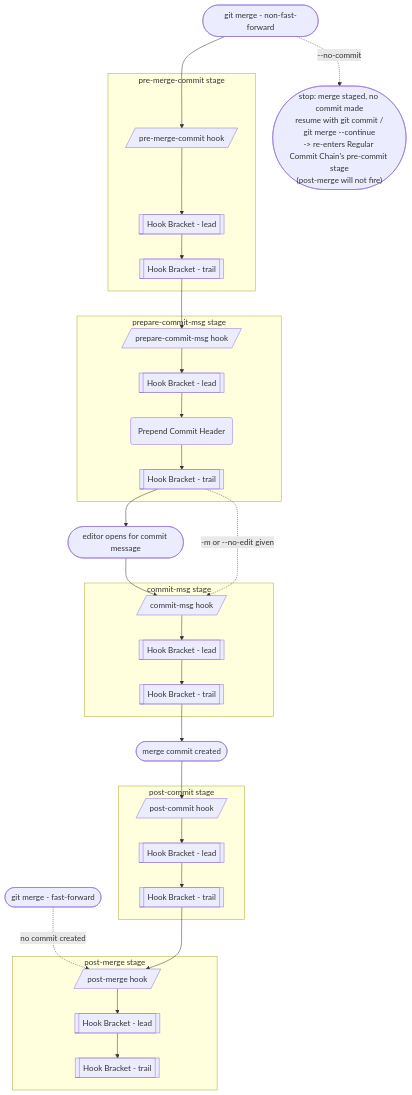
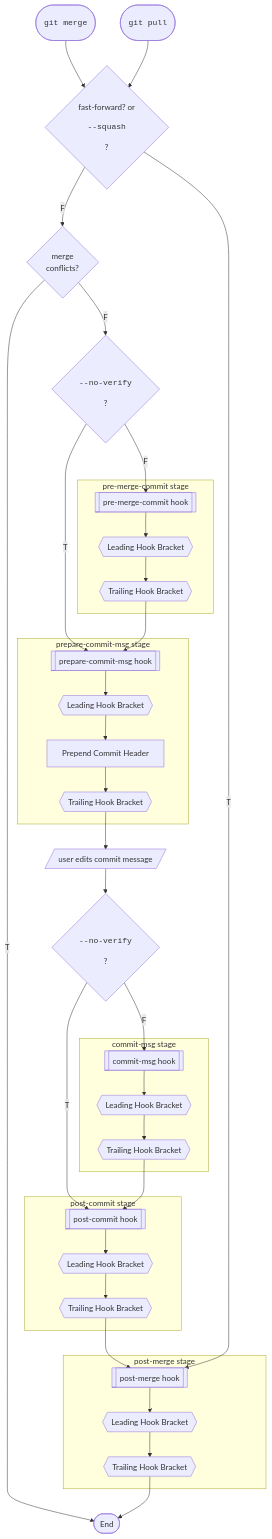
Before and after one commit to kami-lel/hupy: the second of 3 diagrams in docs/chain_doc.md, drawn with Mermaid. The commit also changed other lines of this file, not shown here.

First line of the commit message:
docs: rewrite commit chain diagrams—split Regular/Merge flowcharts

````diff
--- a/docs/chain_doc.md
+++ b/docs/chain_doc.md
@@ -123,47 +174,55 @@
 ```mermaid
 flowchart TD
-    nonff([git merge - non-fast-forward])
-    ff([git merge - fast-forward])
+    A1([<pre><code>git merge</code></pre>])
+    A2([<pre><code>git pull</code></pre>])
 
-    %% pre-merge-commit stage
-    subgraph premergecommit2 [pre-merge-commit stage]
-        pmc[/pre-merge-commit hook/] --> lead1c[[Hook Bracket - lead]]
-        lead1c --> trail1c[[Hook Bracket - trail]]
+    B{fast-forward? or <pre><code>--squash</code></pre>?}
+
+    A1 --> B
+    A2 --> B
+
+    B -->|F| CF{merge
+            conflicts?}
+
+    CF -->|T| Z4
+
+    CF -->|F| G{<pre><code>--no-verify</code></pre>?}
+
+    subgraph premerge [pre-merge-commit stage]
+        C[[pre-merge-commit hook]] --> C1{{Leading Hook Bracket}}
+        C1 --> C2{{Trailing Hook Bracket}}
     end
+    G -->|F| C
 
-    %% prepare-commit-msg stage
-    subgraph preparemsg2 [prepare-commit-msg stage]
-        prep2[/prepare-commit-msg hook/] --> lead2c[[Hook Bracket - lead]]
-        lead2c --> pch2(Prepend Commit Header)
-        pch2 --> trail2c[[Hook Bracket - trail]]
+    subgraph preparemsg [prepare-commit-msg stage]
+        F[[prepare-commit-msg hook]] --> F1{{Leading Hook Bracket}}
+        F1 --> Fmsg[Prepend Commit Header]
+        Fmsg --> F2{{Trailing Hook Bracket}}
     end
+    G -->|T| F
+    C2 --> F
 
-    %% commit-msg stage
-    subgraph commitmsg2 [commit-msg stage]
-        cmsg2[/commit-msg hook/] --> lead2d[[Hook Bracket - lead]]
-        lead2d --> trail2d[[Hook Bracket - trail]]
+    F2 --> EditStep[/user edits commit message/]
+    EditStep --> H{<pre><code>--no-verify</code></pre>?}
+
+    subgraph commitmsg [commit-msg stage]
+        I[[commit-msg hook]] --> I1{{Leading Hook Bracket}}
+        I1 --> I2{{Trailing Hook Bracket}}
     end
+    H -->|F| I
 
-    %% post-commit stage
-    subgraph postcommit2 [post-commit stage]
-        post2[/post-commit hook/] --> lead3c[[Hook Bracket - lead]]
-        lead3c --> trail3c[[Hook Bracket - trail]]
+    subgraph postcommit [post-commit stage]
+        L[[post-commit hook]] --> L1{{Leading Hook Bracket}}
+        L1 --> L2{{Trailing Hook Bracket}}
     end
+    H -->|T| L
+    I2 --> L
 
-    %% post-merge stage
-    subgraph postmerge2 [post-merge stage]
-        pmg2[/post-merge hook/] --> lead12b[[Hook Bracket - lead]]
-        lead12b --> trail12b[[Hook Bracket - trail]]
+    subgraph postmerge [post-merge stage]
+        PM3[[post-merge hook]] --> PM1{{Leading Hook Bracket}}
+        PM1 --> PM2{{Trailing Hook Bracket}}
     end
-
-    nonff --> pmc
-    nonff -. "--no-commit" .-> nocommit(["stop: merge staged, no commit made<br/>resume with git commit /<br/>git merge --continue<br/>-> re-enters Regular Commit Chain's pre-commit stage<br/>(post-merge will not fire)"])
-    ff -. no commit created .-> pmg2
-    trail1c --> prep2
-    trail2c --> editmsg2([editor opens for commit message])
-    editmsg2 --> cmsg2
-    trail2c -. "-m or --no-edit given" .-> cmsg2
-    trail2d --> created2([merge commit created])
-    created2 --> post2
-    trail3c --> pmg2
+    L2 --> PM3
+    B -->|T| PM3
+    PM2 --> Z4([End])
 ```
````
